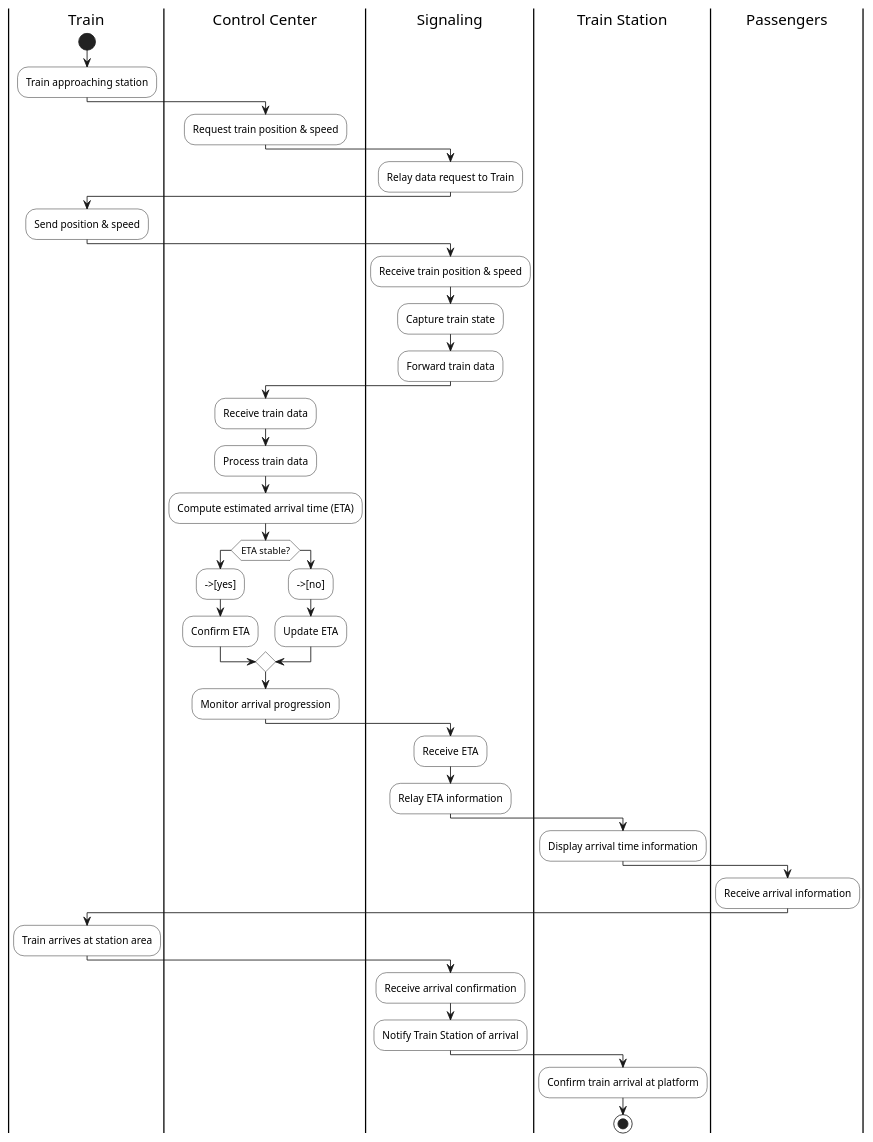
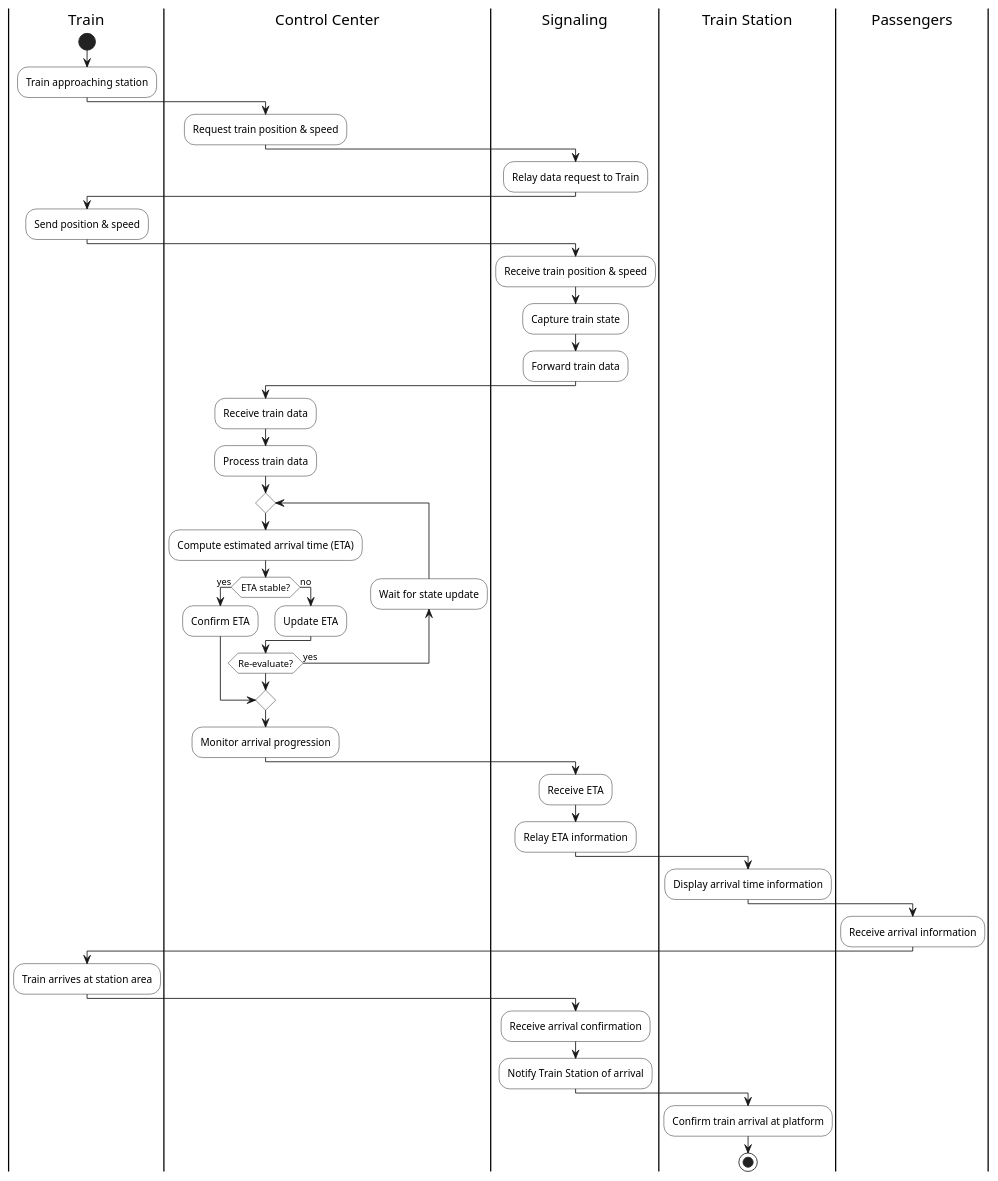
One commit to nachimageshnachi/Requirements-Engineering changed the diagram in Functional Analysis/Scenario 1/Signalling.puml. Above: the diagram before and after it, drawn with PlantUML. The commit also changed 8 other files, not shown here.

Commit message:
Initial commit: Added station operation diagrams

```diff
--- a/Functional Analysis/Scenario 1/Signalling.puml
+++ b/Functional Analysis/Scenario 1/Signalling.puml
@@ -1,60 +1,65 @@
 @startuml
 skinparam monochrome true
+skinparam packageStyle rectangle
 skinparam activity {
   BackgroundColor White
   BorderColor Black
 }
 
 |Train|
 start
 :Train approaching station;
 
 |Control Center|
 :Request train position & speed;
 
 |Signaling|
 :Relay data request to Train;
 
 |Train|
 :Send position & speed;
 
 |Signaling|
 :Receive train position & speed;
 :Capture train state;
 :Forward train data;
 
 |Control Center|
 :Receive train data;
 :Process train data;
-:Compute estimated arrival time (ETA);
-if (ETA stable?) then
-  -->[yes]
-  :Confirm ETA;
-else
-  -->[no]
-  :Update ETA;
-endif
+
+repeat
+  :Compute estimated arrival time (ETA);
+  if (ETA stable?) then (yes)
+    :Confirm ETA;
+    break
+  else (no)
+    :Update ETA;
+  endif
+backward:Wait for state update;
+repeat while (Re-evaluate?) is (yes)
+
 :Monitor arrival progression;
 
 |Signaling|
 :Receive ETA;
 :Relay ETA information;
 
 |Train Station|
 :Display arrival time information;
 
 |Passengers|
 :Receive arrival information;
 
 |Train|
 :Train arrives at station area;
 
 |Signaling|
 :Receive arrival confirmation;
 :Notify Train Station of arrival;
 
 |Train Station|
 :Confirm train arrival at platform;
 
 stop
 @enduml
```
